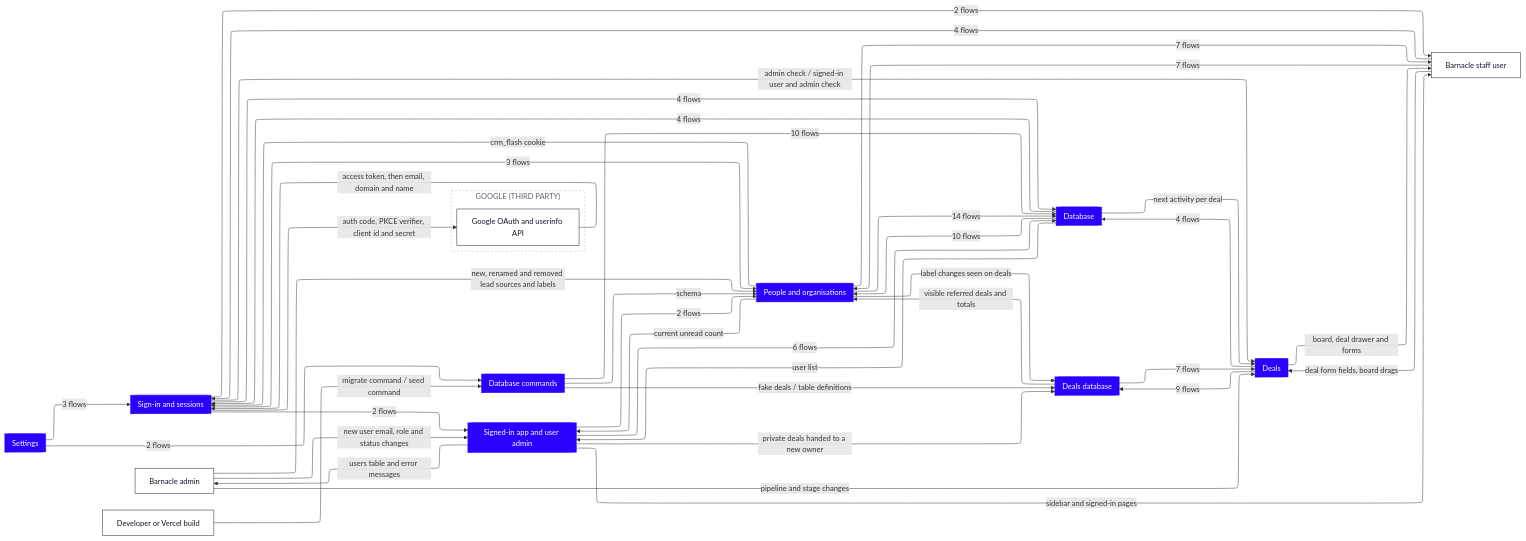
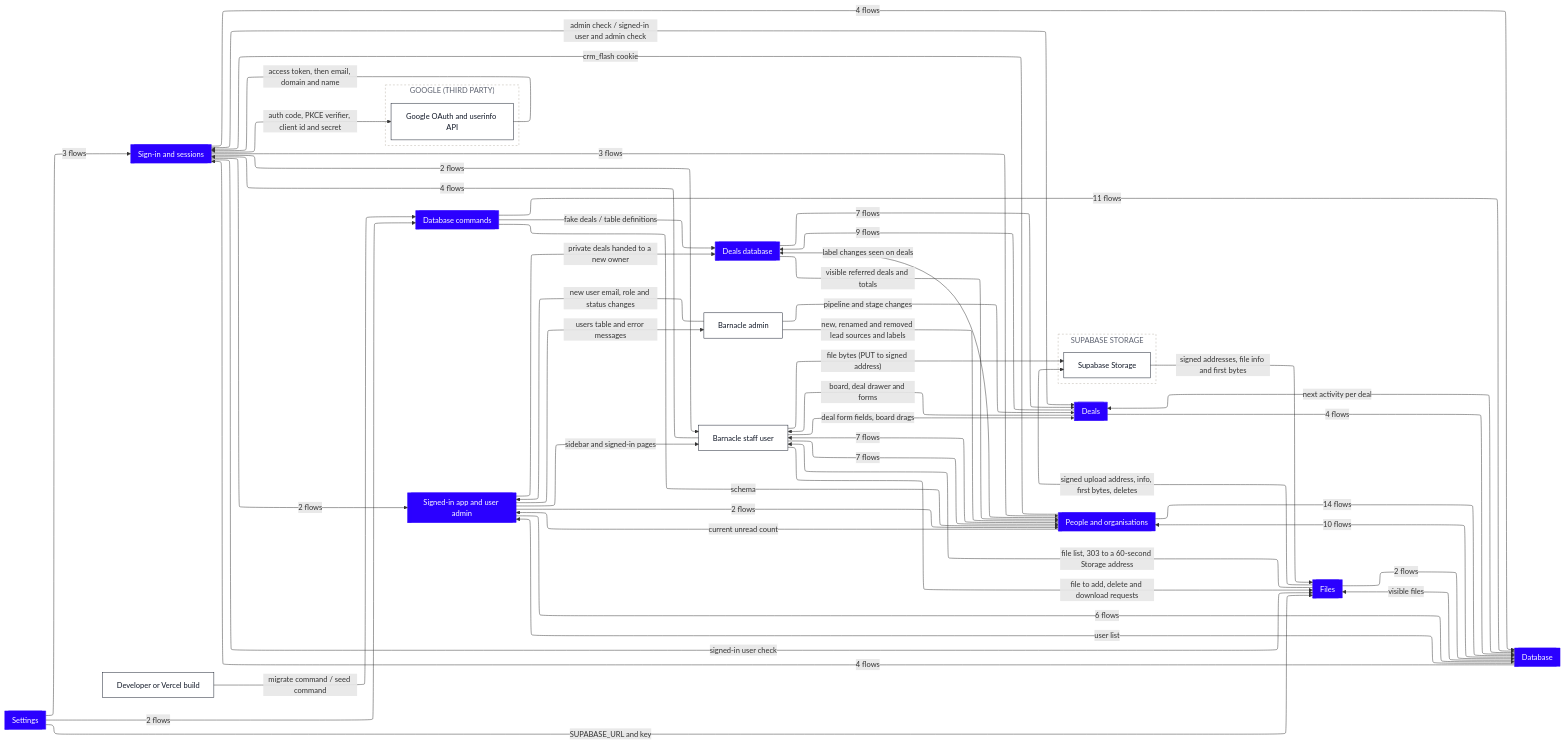
Before and after one commit to Romain-Perche/Barnacle-Pipe: the first of 11 diagrams in dataflow/DATAFLOW.md, drawn with Mermaid. The commit also changed other lines of this file and 12 other files, not shown here.

````diff
--- a/dataflow/DATAFLOW.md
+++ b/dataflow/DATAFLOW.md
@@ -11,68 +11,82 @@
 ```mermaid
 ---
 config:
   layout: elk
 ---
 flowchart LR
     n1[["Database"]]
     n2[["Database commands"]]
     n3[["Deals"]]
     n4[["Deals database"]]
-    n5[["People and organisations"]]
-    n6[["Settings"]]
-    n7[["Sign-in and sessions"]]
-    n8[["Signed-in app and user admin"]]
-    n9["Barnacle admin"]
-    n10["Developer or Vercel build"]
-    n11["Barnacle staff user"]
+    n5[["Files"]]
+    n6[["People and organisations"]]
+    n7[["Settings"]]
+    n8[["Sign-in and sessions"]]
+    n9[["Signed-in app and user admin"]]
+    n10["Barnacle admin"]
+    n11["Developer or Vercel build"]
+    n12["Barnacle staff user"]
     subgraph z1["GOOGLE (THIRD PARTY)"]
-        n12["Google OAuth and userinfo API"]
+        n13["Google OAuth and userinfo API"]
     end
-    n5 -->|"14 flows"| n1
-    n5 -->|"7 flows"| n11
-    n1 -->|"10 flows"| n5
+    subgraph z2["SUPABASE STORAGE"]
+        n14["Supabase Storage"]
+    end
+    n6 -->|"14 flows"| n1
+    n6 -->|"7 flows"| n12
+    n1 -->|"10 flows"| n6
     n1 -->|"next activity per deal"| n3
-    n9 -->|"new, renamed and removed lead sources and labels"| n5
-    n9 -->|"pipeline and stage changes"| n3
-    n9 -->|"new user email, role and status changes"| n8
-    n8 -->|"2 flows"| n5
-    n8 -->|"sidebar and signed-in pages"| n11
-    n5 -->|"label changes seen on deals"| n4
-    n7 -->|"4 flows"| n1
+    n10 -->|"new, renamed and removed lead sources and labels"| n6
+    n10 -->|"pipeline and stage changes"| n3
+    n10 -->|"new user email, role and status changes"| n9
+    n9 -->|"2 flows"| n6
+    n9 -->|"sidebar and signed-in pages"| n12
+    n6 -->|"label changes seen on deals"| n4
+    n8 -->|"4 flows"| n1
     n4 -->|"7 flows"| n3
     n3 -->|"9 flows"| n4
     n3 -->|"4 flows"| n1
-    n3 -->|"board, deal drawer and forms"| n11
-    n4 -->|"visible referred deals and totals"| n5
-    n10 -->|"migrate command / seed command"| n2
-    n6 -->|"3 flows"| n7
-    n6 -->|"2 flows"| n2
-    n7 -->|"auth code, PKCE verifier, client id and secret"| n12
-    n7 -->|"2 flows"| n11
-    n12 -->|"access token, then email, domain and name"| n7
-    n2 -->|"10 flows"| n1
+    n3 -->|"board, deal drawer and forms"| n12
+    n4 -->|"visible referred deals and totals"| n6
+    n11 -->|"migrate command / seed command"| n2
+    n7 -->|"3 flows"| n8
+    n7 -->|"2 flows"| n2
+    n7 -->|"SUPABASE_URL and key"| n5
+    n5 -->|"2 flows"| n1
+    n5 -->|"file list, 303 to a 60-second Storage address"| n12
+    n1 -->|"visible files"| n5
+    n8 -->|"auth code, PKCE verifier, client id and secret"| n13
+    n8 -->|"2 flows"| n12
+    n13 -->|"access token, then email, domain and name"| n8
+    n2 -->|"11 flows"| n1
     n2 -->|"fake deals / table definitions"| n4
-    n2 -->|"schema"| n5
-    n5 -->|"current unread count"| n8
-    n5 -->|"crm_flash cookie"| n7
-    n7 -->|"3 flows"| n5
-    n7 -->|"2 flows"| n8
-    n7 -->|"admin check / signed-in user and admin check"| n3
-    n1 -->|"4 flows"| n7
-    n11 -->|"7 flows"| n5
-    n11 -->|"deal form fields, board drags"| n3
-    n11 -->|"4 flows"| n7
-    n8 -->|"users table and error messages"| n9
-    n8 -->|"private deals handed to a new owner"| n4
-    n8 -->|"6 flows"| n1
-    n1 -->|"user list"| n8
+    n2 -->|"schema"| n6
+    n6 -->|"current unread count"| n9
+    n6 -->|"crm_flash cookie"| n8
+    n8 -->|"3 flows"| n6
+    n8 -->|"2 flows"| n9
+    n8 -->|"admin check / signed-in user and admin check"| n3
+    n8 -->|"signed-in user check"| n5
+    n1 -->|"4 flows"| n8
+    n12 -->|"7 flows"| n6
+    n12 -->|"deal form fields, board drags"| n3
+    n12 -->|"4 flows"| n8
+    n12 -->|"file to add, delete and download requests"| n5
+    n12 -->|"file bytes (PUT to signed address)"| n14
+    n5 -->|"signed upload address, info, first bytes, deletes"| n14
+    n14 -->|"signed addresses, file info and first bytes"| n5
+    n9 -->|"users table and error messages"| n10
+    n9 -->|"private deals handed to a new owner"| n4
+    n9 -->|"6 flows"| n1
+    n1 -->|"user list"| n9
     classDef actor fill:#FFFFFF,stroke:#111827,stroke-width:1px,color:#111827
     classDef process fill:#EDEAFF,stroke:#2B00FF,stroke-width:1.5px,color:#111827
     classDef store fill:#FAF6F1,stroke:#111827,stroke-width:1.5px,color:#111827
     classDef zone fill:#1A1A1A,stroke:#1A1A1A,color:#FFFFFF
     classDef group fill:#2B00FF,stroke:#2B00FF,color:#FFFFFF
     classDef stub fill:#FFFFFF,stroke:#2B00FF,stroke-width:1.5px,stroke-dasharray:5 4,color:#2B00FF
-    class n9,n10,n11,n12 actor
-    class n1,n2,n3,n4,n5,n6,n7,n8 group
+    class n10,n11,n12,n13,n14 actor
+    class n1,n2,n3,n4,n5,n6,n7,n8,n9 group
     style z1 fill:#FFFFFF,stroke:#B9B2A8,stroke-dasharray:4 4,color:#5D6270
+    style z2 fill:#FFFFFF,stroke:#B9B2A8,stroke-dasharray:4 4,color:#5D6270
 ```
````
